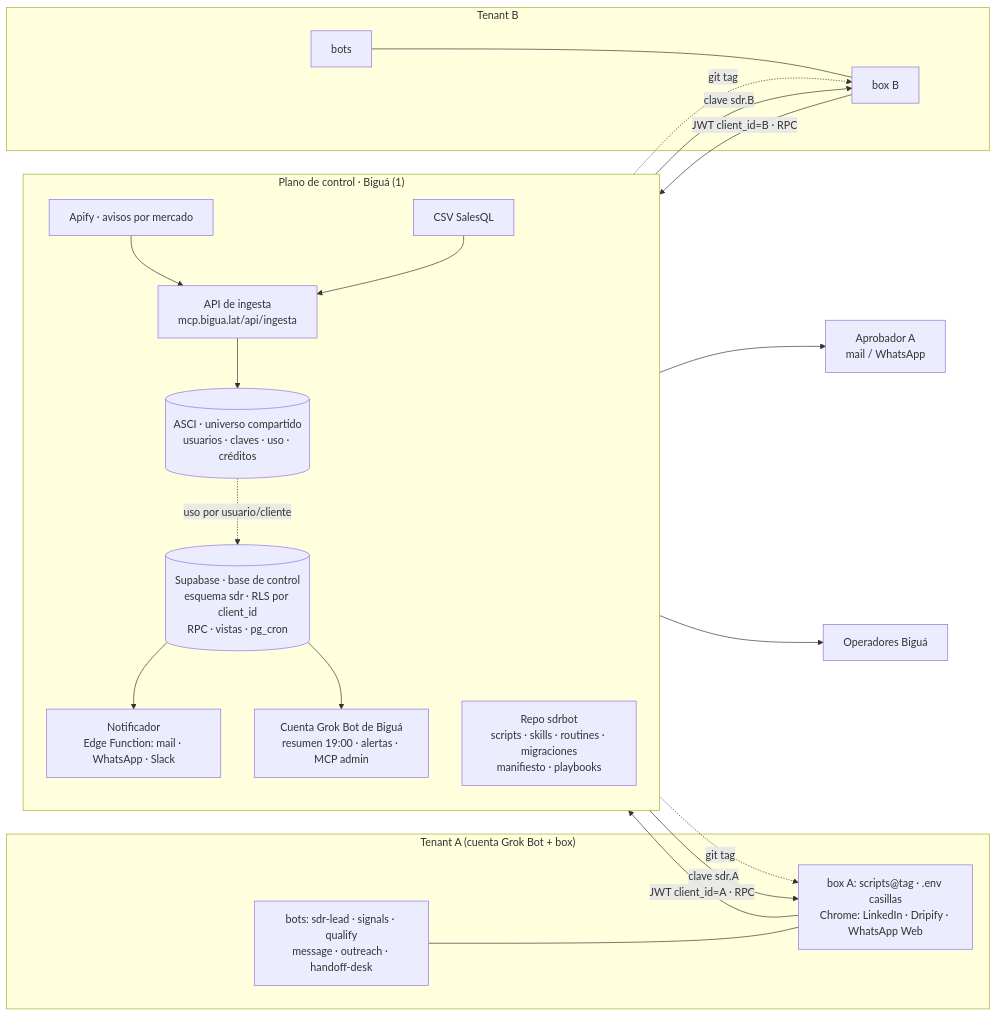
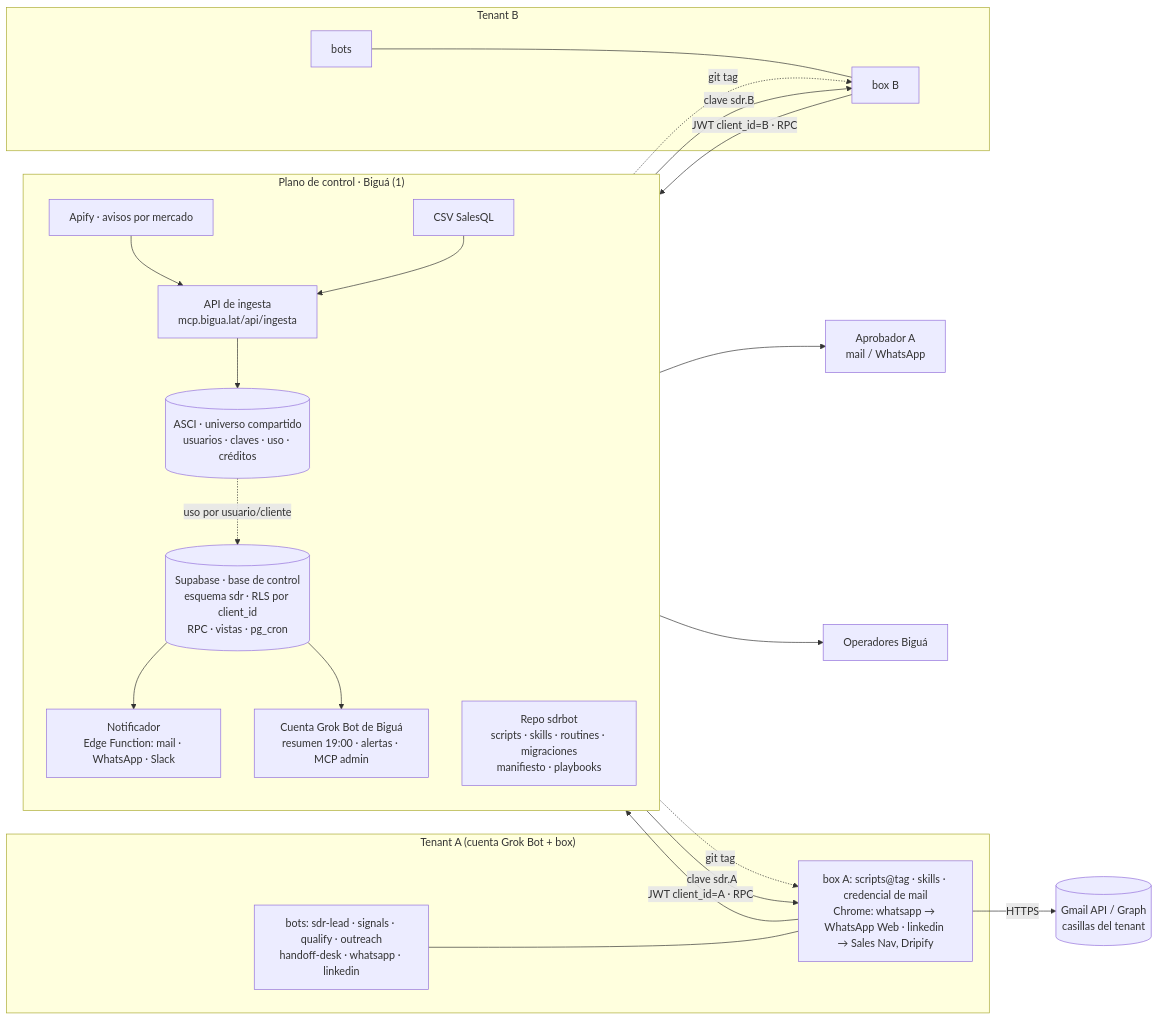
Before and after one commit to ignaciocuffia86/sdrbot: the diagram in docs/02-arquitectura.md, drawn with Mermaid. The commit also changed other lines of this file and 5 other files, not shown here.

````diff
--- a/docs/02-arquitectura.md
+++ b/docs/02-arquitectura.md
@@ -18,33 +18,35 @@
 ```mermaid
 flowchart LR
   subgraph CP["Plano de control · Biguá (1)"]
     direction TB
     APIFY[Apify · avisos por mercado] --> ING[API de ingesta<br/>mcp.bigua.lat/api/ingesta]
     SQL[CSV SalesQL] --> ING
     ING --> ASCI[(ASCI · universo compartido<br/>usuarios · claves · uso · créditos)]
     SB[(Supabase · base de control<br/>esquema sdr · RLS por client_id<br/>RPC · vistas · pg_cron)]
     NOTIF[Notificador<br/>Edge Function: mail · WhatsApp · Slack]
     REPO[Repo sdrbot<br/>scripts · skills · routines · migraciones<br/>manifiesto · playbooks]
     GBB[Cuenta Grok Bot de Biguá<br/>resumen 19:00 · alertas · MCP admin]
     SB --> NOTIF
     SB --> GBB
     ASCI -. uso por usuario/cliente .-> SB
   end
 
   subgraph T1["Tenant A (cuenta Grok Bot + box)"]
-    B1[bots: sdr-lead · signals · qualify<br/>message · outreach · handoff-desk]
-    BOX1[box A: scripts@tag · .env casillas<br/>Chrome: LinkedIn · Dripify · WhatsApp Web]
+    B1[bots: sdr-lead · signals · qualify · outreach<br/>handoff-desk · whatsapp · linkedin]
+    BOX1[box A: scripts@tag · skills · credencial de mail<br/>Chrome: whatsapp → WhatsApp Web · linkedin → Sales Nav, Dripify]
     B1 --- BOX1
   end
   subgraph T2["Tenant B"]
     B2[bots] --- BOX2[box B]
   end
 
+  GMAIL[(Gmail API / Graph<br/>casillas del tenant)]
   REPO -. git tag .-> BOX1 & BOX2
+  BOX1 -- HTTPS --> GMAIL
   ASCI -- clave sdr.A --> BOX1
   ASCI -- clave sdr.B --> BOX2
   BOX1 -- JWT client_id=A · RPC --> SB
   BOX2 -- JWT client_id=B · RPC --> SB
   NOTIF --> APR1[Aprobador A<br/>mail / WhatsApp]
   NOTIF --> OPS[Operadores Biguá]
 ```
````
